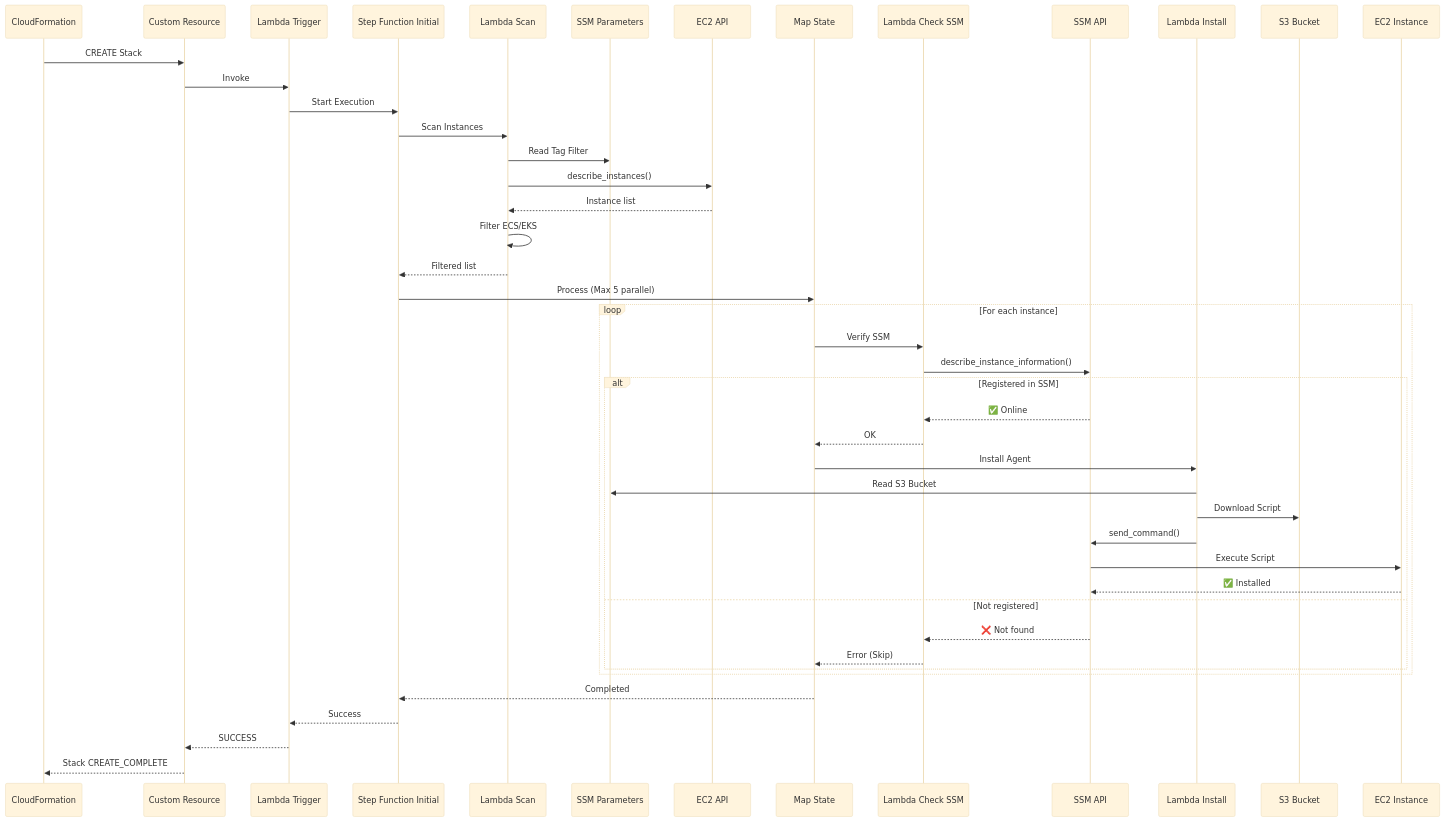
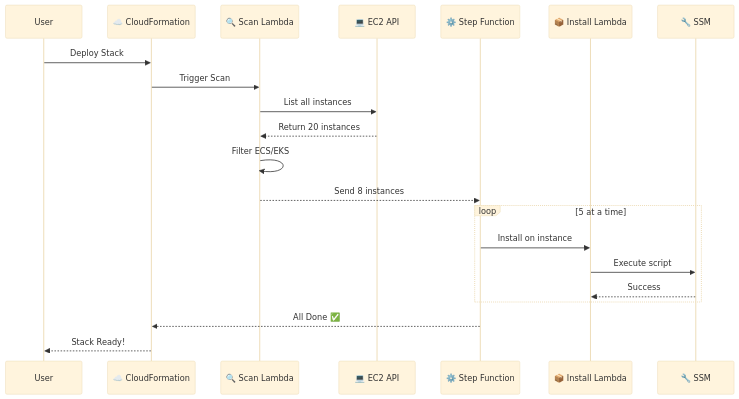
The fourth of 8 diagrams in ARCHITECTURE.md (alejogaci/AWS_WS_Automate), drawn with Mermaid (base theme) before and after one commit. The commit also changed other lines of this file, not shown here.

````diff
--- a/ARCHITECTURE.md
+++ b/ARCHITECTURE.md
@@ -78,50 +64,26 @@
 ```mermaid
 sequenceDiagram
-    participant CFN as CloudFormation
-    participant CR as Custom Resource
-    participant LT as Lambda Trigger
-    participant SF as Step Function Initial
-    participant LS as Lambda Scan
-    participant SSM_P as SSM Parameters
-    participant EC2 as EC2 API
-    participant Map as Map State
-    participant LC as Lambda Check SSM
-    participant SSM_A as SSM API
-    participant LI as Lambda Install
-    participant S3 as S3 Bucket
-    participant Inst as EC2 Instance
+    participant User
+    participant CF as ☁️ CloudFormation
+    participant Scan as 🔍 Scan Lambda
+    participant EC2 as 💻 EC2 API
+    participant SF as ⚙️ Step Function
+    participant Install as 📦 Install Lambda
+    participant SSM as 🔧 SSM
 
-    CFN->>CR: CREATE Stack
-    CR->>LT: Invoke
-    LT->>SF: Start Execution
-    SF->>LS: Scan Instances
-    LS->>SSM_P: Read Tag Filter
-    LS->>EC2: describe_instances()
-    EC2-->>LS: Instance list
-    LS->>LS: Filter ECS/EKS
-    LS-->>SF: Filtered list
-    SF->>Map: Process (Max 5 parallel)
+    User->>CF: Deploy Stack
+    CF->>Scan: Trigger Scan
+    Scan->>EC2: List all instances
+    EC2-->>Scan: Return 20 instances
+    Scan->>Scan: Filter ECS/EKS
+    Scan-->>SF: Send 8 instances
     
-    loop For each instance
-        Map->>LC: Verify SSM
-        LC->>SSM_A: describe_instance_information()
-        alt Registered in SSM
-            SSM_A-->>LC: ✅ Online
-            LC-->>Map: OK
-            Map->>LI: Install Agent
-            LI->>SSM_P: Read S3 Bucket
-            LI->>S3: Download Script
-            LI->>SSM_A: send_command()
-            SSM_A->>Inst: Execute Script
-            Inst-->>SSM_A: ✅ Installed
-        else Not registered
-            SSM_A-->>LC: ❌ Not found
-            LC-->>Map: Error (Skip)
-        end
+    loop 5 at a time
+        SF->>Install: Install on instance
+        Install->>SSM: Execute script
+        SSM-->>Install: Success
     end
     
-    Map-->>SF: Completed
-    SF-->>LT: Success
-    LT-->>CR: SUCCESS
-    CR-->>CFN: Stack CREATE_COMPLETE
+    SF-->>CF: All Done ✅
+    CF-->>User: Stack Ready!
 ```
````
